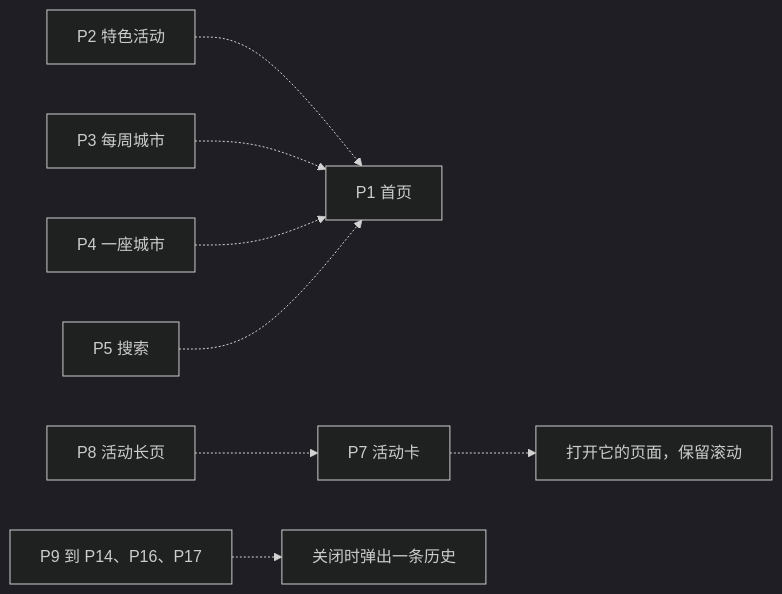
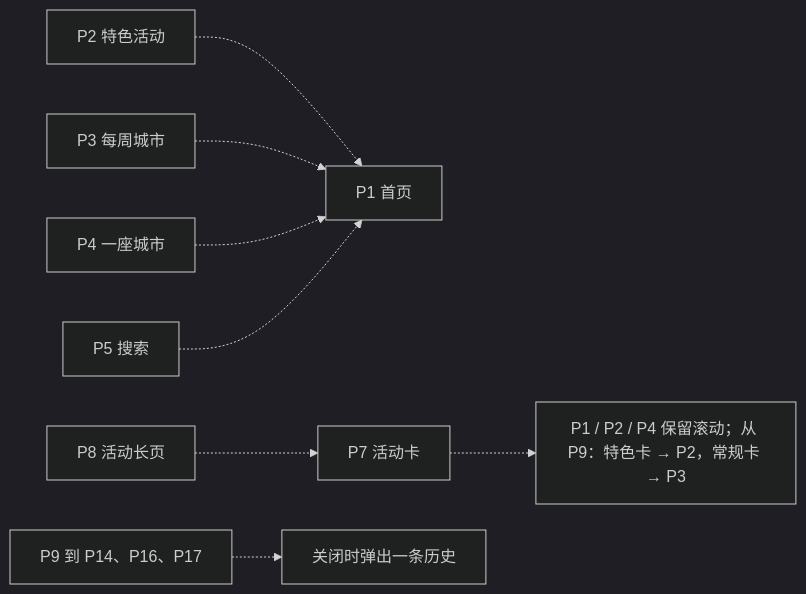
The second of 2 diagrams in docs/atm-navigation-interaction-spec.md (Shiao64/my1), drawn with Mermaid (dark theme) before and after one commit. The commit also changed other lines of this file and 1 other file, not shown here.

````diff
--- a/docs/atm-navigation-interaction-spec.md
+++ b/docs/atm-navigation-interaction-spec.md
@@ -214,10 +214,10 @@
 ```mermaid
 flowchart LR
   P2["P2 特色活动"] -.-> P1["P1 首页"]
   P3["P3 每周城市"] -.-> P1
   P4["P4 一座城市"] -.-> P1
   P5["P5 搜索"] -.-> P1
-  P7["P7 活动卡"] -.-> opener["打开它的页面，保留滚动"]
+  P7["P7 活动卡"] -.-> opener["P1 / P2 / P4 保留滚动；从 P9：特色卡 → P2，常规卡 → P3"]
   P8["P8 活动长页"] -.-> P7
   sheets["P9 到 P14、P16、P17"] -.-> one["关闭时弹出一条历史"]
 ```
````
